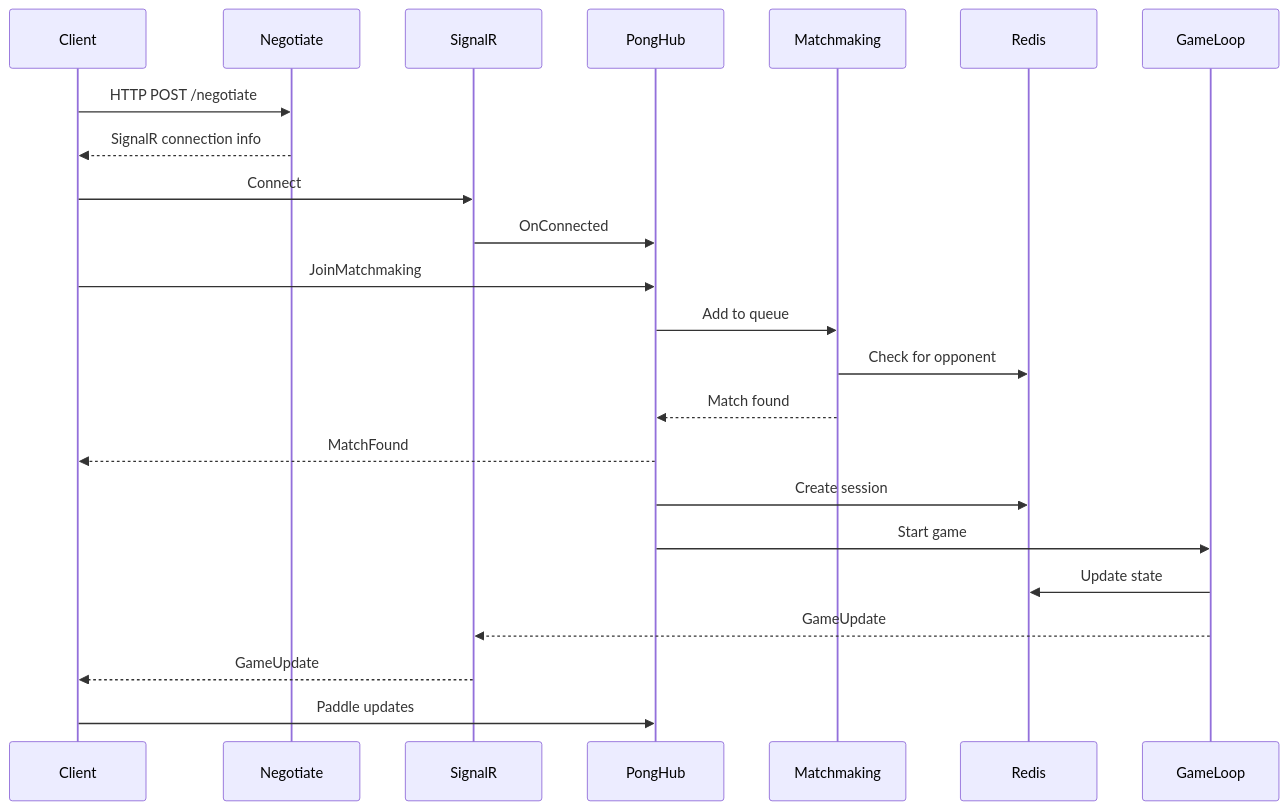
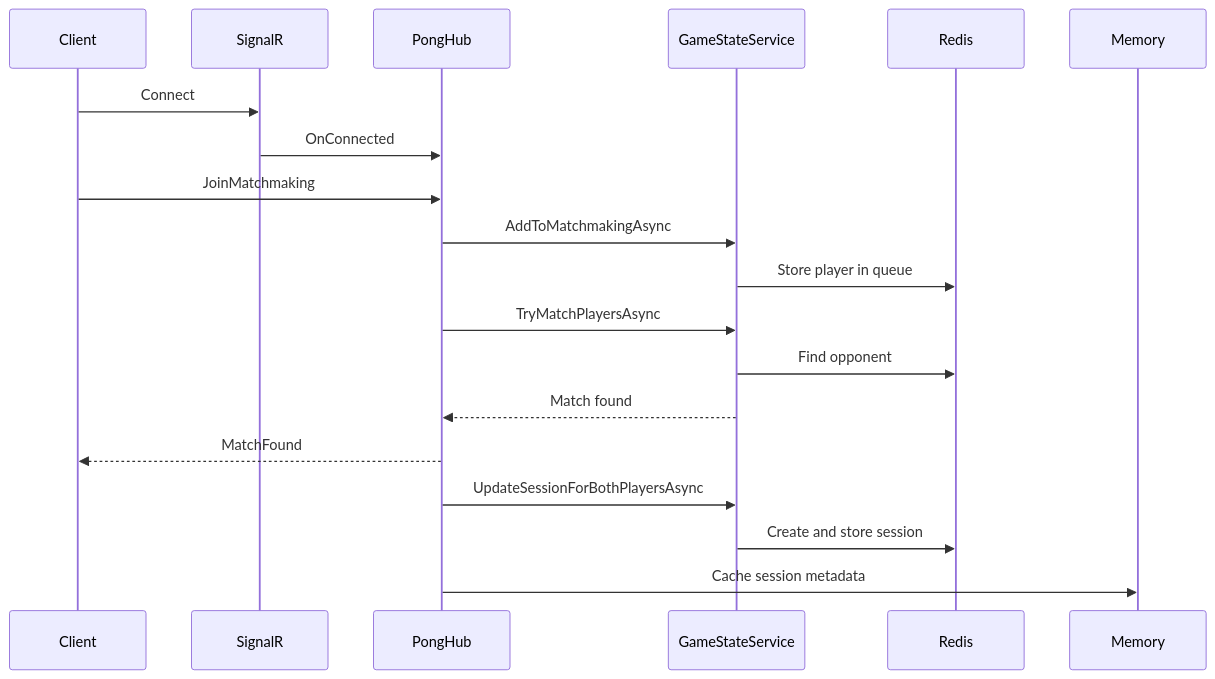
The second of 4 diagrams in SYSTEM_DESIGN.md (rmoreirao/AzureOnlinePongGame), drawn with Mermaid before and after one commit. The commit also changed other lines of this file and 7 other files, not shown here.

Commit message:
feat: Optimize paddle updates and session management with in-memory caching and reduced Redis writes

````diff
--- a/SYSTEM_DESIGN.md
+++ b/SYSTEM_DESIGN.md
@@ -102,24 +139,20 @@
 ```mermaid
 sequenceDiagram
     participant Client
-    participant Negotiate
     participant SignalR
     participant PongHub
-    participant Matchmaking
+    participant GameStateService
     participant Redis
-    Client->>Negotiate: HTTP POST /negotiate
-    Negotiate-->>Client: SignalR connection info
     Client->>SignalR: Connect
     SignalR->>PongHub: OnConnected
     Client->>PongHub: JoinMatchmaking
-    PongHub->>Matchmaking: Add to queue
-    Matchmaking->>Redis: Check for opponent
-    Matchmaking-->>PongHub: Match found
+    PongHub->>GameStateService: AddToMatchmakingAsync
+    GameStateService->>Redis: Store player in queue
+    PongHub->>GameStateService: TryMatchPlayersAsync
+    GameStateService->>Redis: Find opponent
+    GameStateService-->>PongHub: Match found
     PongHub-->>Client: MatchFound
-    PongHub->>Redis: Create session
-    PongHub->>GameLoop: Start game
-    GameLoop->>Redis: Update state
-    GameLoop-->>SignalR: GameUpdate
-    SignalR-->>Client: GameUpdate
-    Client->>PongHub: Paddle updates
+    PongHub->>GameStateService: UpdateSessionForBothPlayersAsync
+    GameStateService->>Redis: Create and store session
+    PongHub->>Memory: Cache session metadata
 ```
````
